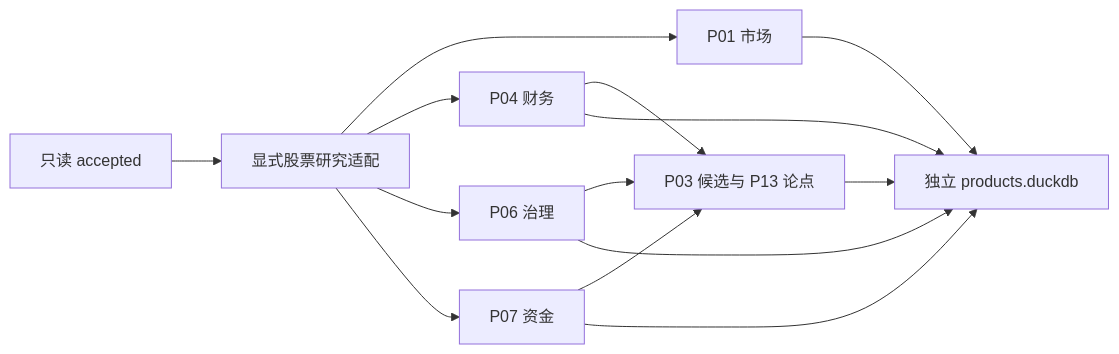
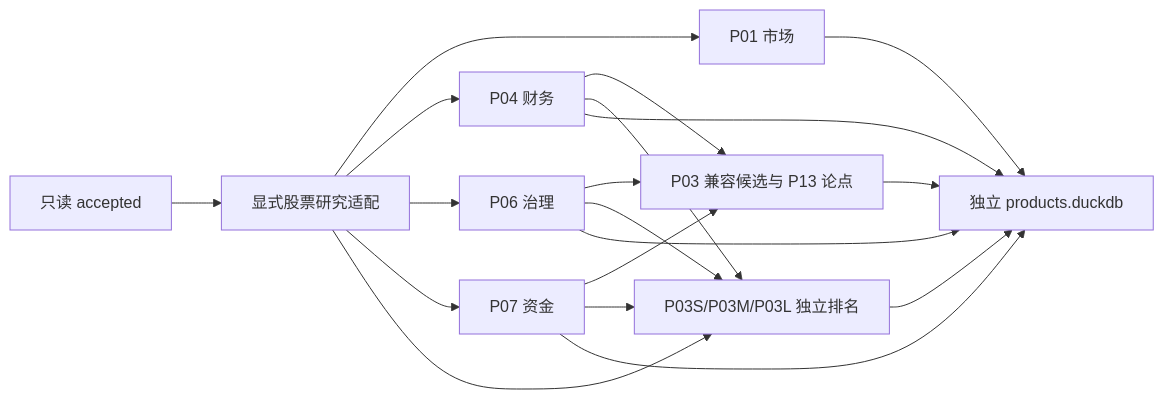
One commit to songyaolun/tushare-15000-data-platform changed the diagram in docs/股票研究闭环.md. Above: the diagram before and after it, drawn with Mermaid. The commit also changed other lines of this file and 27 other files, not shown here.

````diff
--- a/docs/股票研究闭环.md
+++ b/docs/股票研究闭环.md
@@ -9,10 +9,11 @@
 ```mermaid
 flowchart LR
     A[只读 accepted] --> B[显式股票研究适配]
     B --> C[P01 市场]
     B --> D[P04 财务]
     B --> E[P06 治理]
     B --> F[P07 资金]
-    D & E & F --> G[P03 候选与 P13 论点]
-    C & D & E & F & G --> H[独立 products.duckdb]
+    D & E & F --> G[P03 兼容候选与 P13 论点]
+    B & D & E & F --> I[P03S/P03M/P03L 独立排名]
+    C & D & E & F & G & I --> H[独立 products.duckdb]
 ```
````
